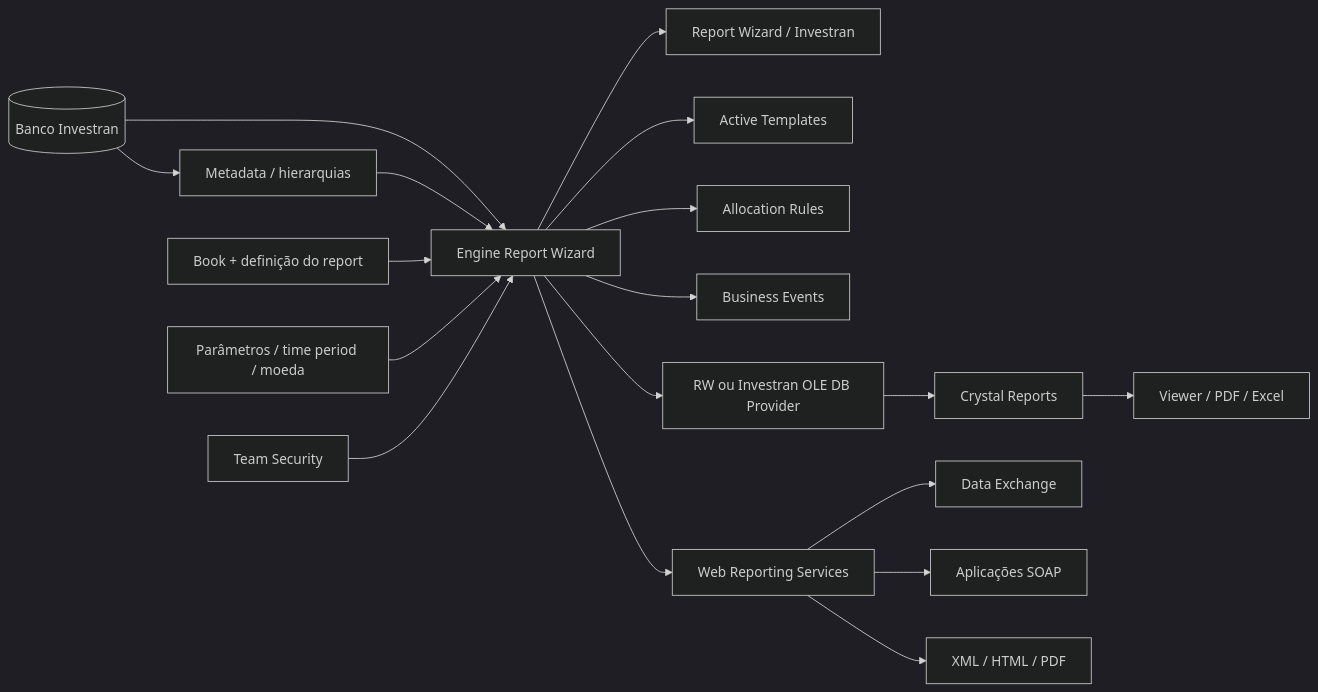
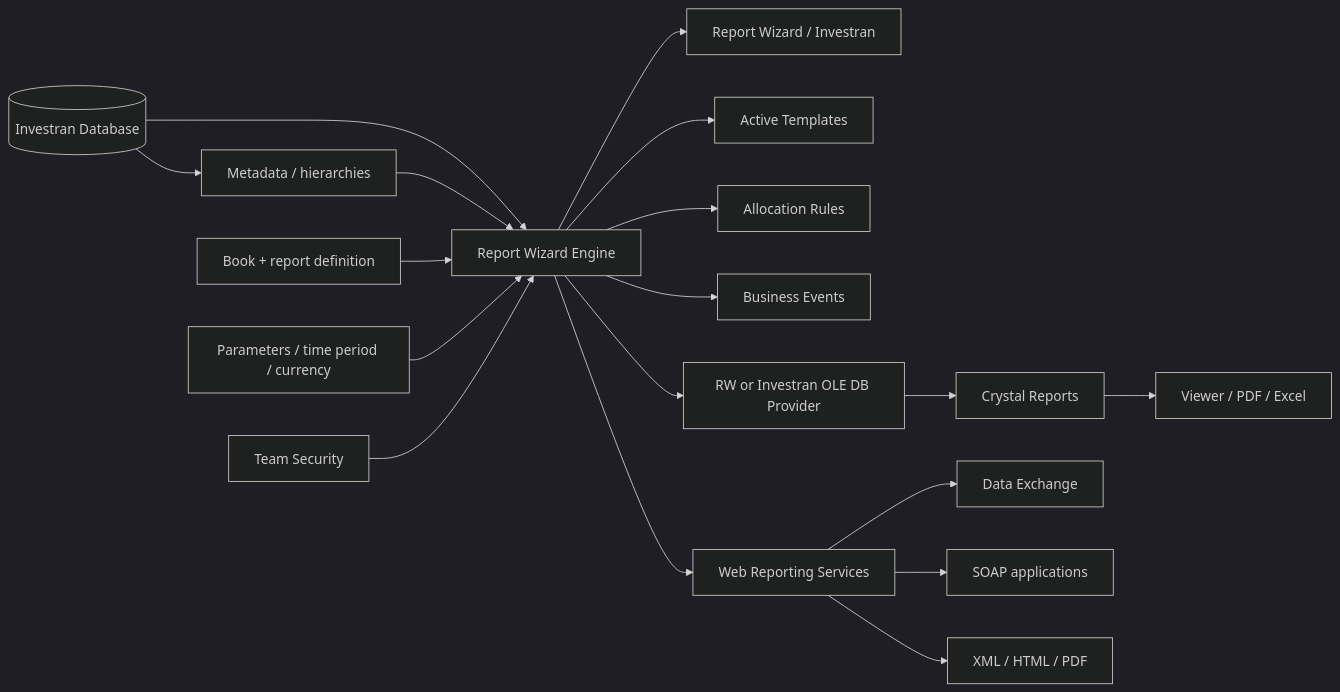
Before and after one commit to msekimoto/investran: the first of 2 diagrams in docs/reporting/01-arquitetura-reporting.md, drawn with Mermaid (dark theme). The commit also changed other lines of this file and 52 other files, not shown here.

````diff
--- a/docs/reporting/01-arquitetura-reporting.md
+++ b/docs/reporting/01-arquitetura-reporting.md
@@ -5,22 +5,20 @@
 ```mermaid
 flowchart LR
-    DB[(Banco Investran)] --> META[Metadata / hierarquias]
-    DB --> ENG[Engine Report Wizard]
+    DB[(Investran Database)] --> META[Metadata / hierarchies]
+    DB --> ENG[Report Wizard Engine]
     META --> ENG
-    DEF[Book + definição do report] --> ENG
-    PAR[Parâmetros / time period / moeda] --> ENG
+    DEF[Book + report definition] --> ENG
+    PAR[Parameters / time period / currency] --> ENG
     TS[Team Security] --> ENG
-
     ENG --> UI[Report Wizard / Investran]
     ENG --> ATM[Active Templates]
     ENG --> ARM[Allocation Rules]
     ENG --> BE[Business Events]
-    ENG --> OLE[RW ou Investran OLE DB Provider]
+    ENG --> OLE[RW or Investran OLE DB Provider]
     ENG --> WRS[Web Reporting Services]
-
     OLE --> CR[Crystal Reports]
     WRS --> DX[Data Exchange]
-    WRS --> SOAP[Aplicações SOAP]
+    WRS --> SOAP[SOAP applications]
     CR --> OUT[Viewer / PDF / Excel]
     WRS --> OUT2[XML / HTML / PDF]
 ```
````
